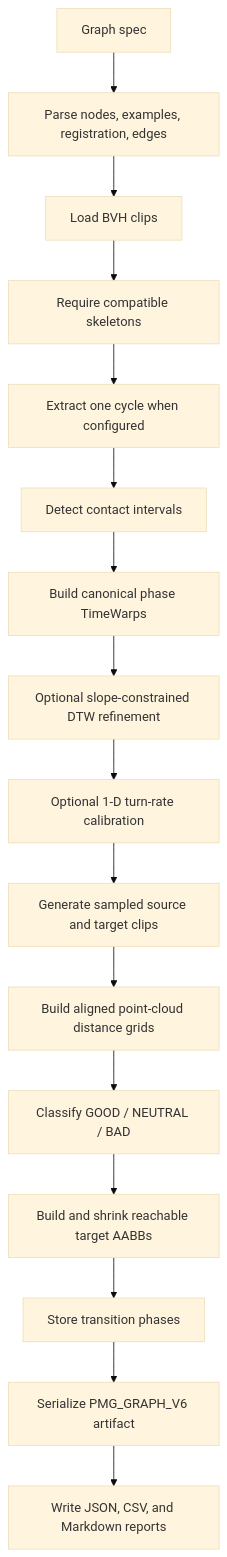
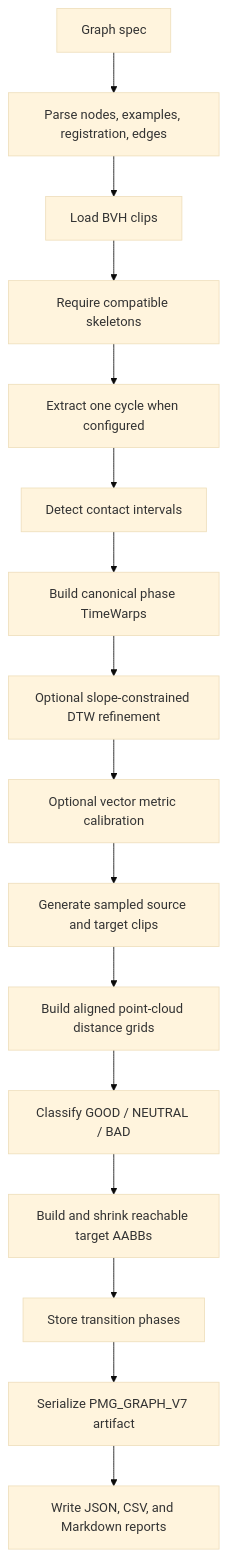
The first of 2 diagrams in docs/PIPELINE.md (n01r1r/ParametricMotionGraphs), drawn with Mermaid (base theme) before and after one commit. The commit also changed other lines of this file and 24 other files, not shown here.

````diff
--- a/docs/PIPELINE.md
+++ b/docs/PIPELINE.md
@@ -10,18 +10,18 @@
 ```mermaid
 flowchart TD
     A["Graph spec"] --> B["Parse nodes, examples, registration, edges"]
     B --> C["Load BVH clips"]
     C --> D["Require compatible skeletons"]
     D --> E["Extract one cycle when configured"]
     E --> F["Detect contact intervals"]
     F --> G["Build canonical phase TimeWarps"]
     G --> H["Optional slope-constrained DTW refinement"]
-    H --> I["Optional 1-D turn-rate calibration"]
+    H --> I["Optional vector metric calibration"]
     I --> J["Generate sampled source and target clips"]
     J --> K["Build aligned point-cloud distance grids"]
     K --> L["Classify GOOD / NEUTRAL / BAD"]
     L --> M["Build and shrink reachable target AABBs"]
     M --> N["Store transition phases"]
-    N --> O["Serialize PMG_GRAPH_V6 artifact"]
+    N --> O["Serialize PMG_GRAPH_V7 artifact"]
     O --> P["Write JSON, CSV, and Markdown reports"]
 ```
````
